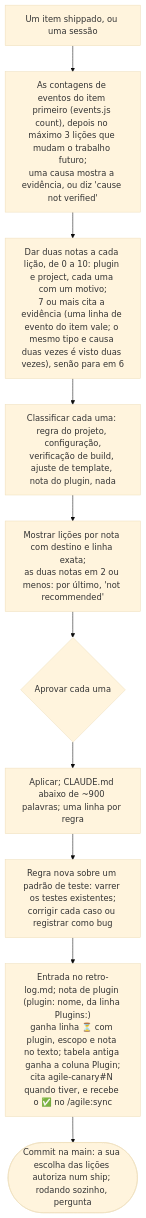
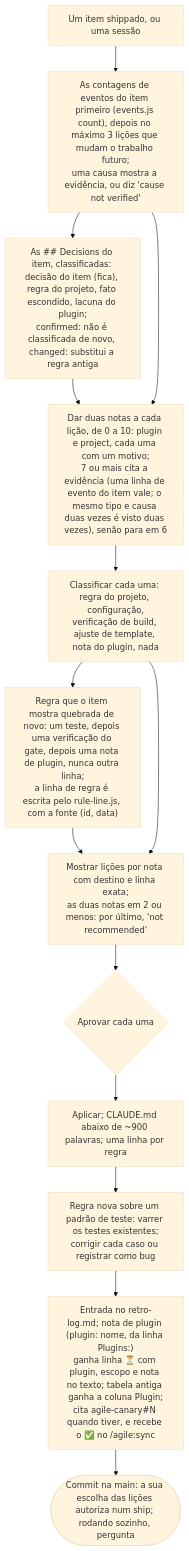
Diagram 14 of 23 in docs/agile/workflow.pt-BR.md (alexcanario/simulab), drawn with Mermaid (base theme) before and after one commit. The commit also changed other lines of this file and 9 other files, not shown here.

````diff
--- a/docs/agile/workflow.pt-BR.md
+++ b/docs/agile/workflow.pt-BR.md
@@ -992,12 +998,16 @@
 ```mermaid
 flowchart TD
     A["Um item shippado, ou uma sessão"] --> B["As contagens de eventos do item primeiro (events.js count), depois no máximo 3 lições que mudam o trabalho futuro;<br/>uma causa mostra a evidência, ou diz 'cause not verified'"]
+    B --> B1["As ## Decisions do item, classificadas: decisão do item (fica), regra do projeto, fato escondido, lacuna do plugin;<br/>confirmed: não é classificada de novo, changed: substitui a regra antiga"]
+    B1 --> B2
     B --> B2["Dar duas notas a cada lição, de 0 a 10: plugin e project, cada uma com um motivo;<br/>7 ou mais cita a evidência (uma linha de evento do item vale; o mesmo tipo e causa duas vezes é visto duas vezes), senão para em 6"]
     B2 --> C["Classificar cada uma: regra do projeto, configuração,<br/>verificação de build, ajuste de template, nota do plugin, nada"]
+    C --> C2["Regra que o item mostra quebrada de novo: um teste, depois uma verificação do gate, depois uma nota de plugin, nunca outra linha;<br/>a linha de regra é escrita pelo rule-line.js, com a fonte (id, data)"]
+    C2 --> D
     C --> D["Mostrar lições por nota com destino e linha exata;<br/>as duas notas em 2 ou menos: por último, 'not recommended'"]
     D --> E{"Aprovar cada uma"}
     E --> F["Aplicar; CLAUDE.md abaixo de ~900 palavras; uma linha por regra"]
     F --> F2["Regra nova sobre um padrão de teste: varrer os testes existentes;<br/>corrigir cada caso ou registrar como bug"]
     F2 --> G["Entrada no retro-log.md; nota de plugin (plugin: nome, da linha Plugins:)<br/>ganha linha ⏳ com plugin, escopo e nota no texto; tabela antiga ganha a coluna Plugin;<br/>cita agile-canary#N quando tiver, e recebe o ✅ no /agile:sync"]
     G --> H(["Commit na main: a sua escolha das lições autoriza num ship; rodando sozinho, pergunta"])
 ```
````
